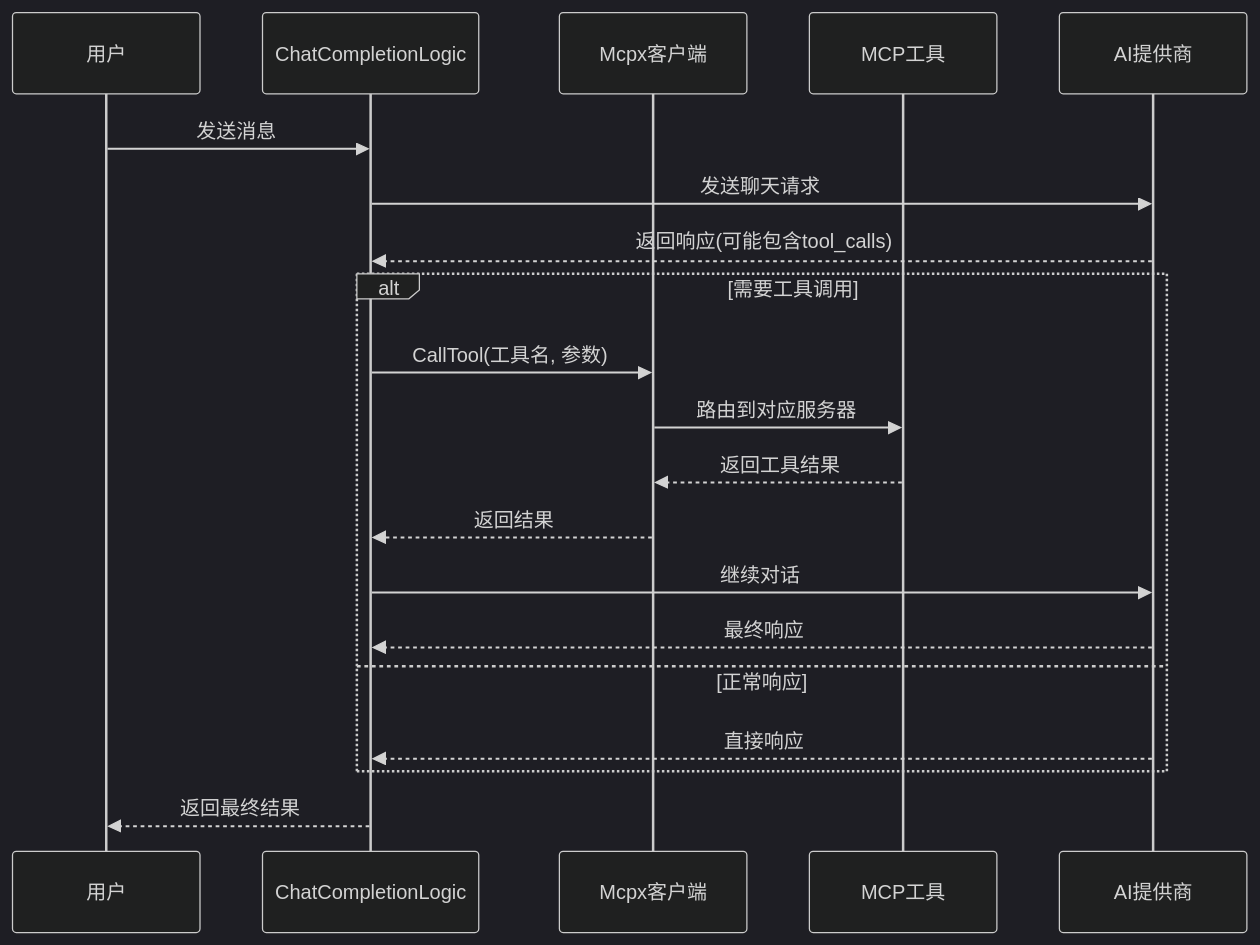
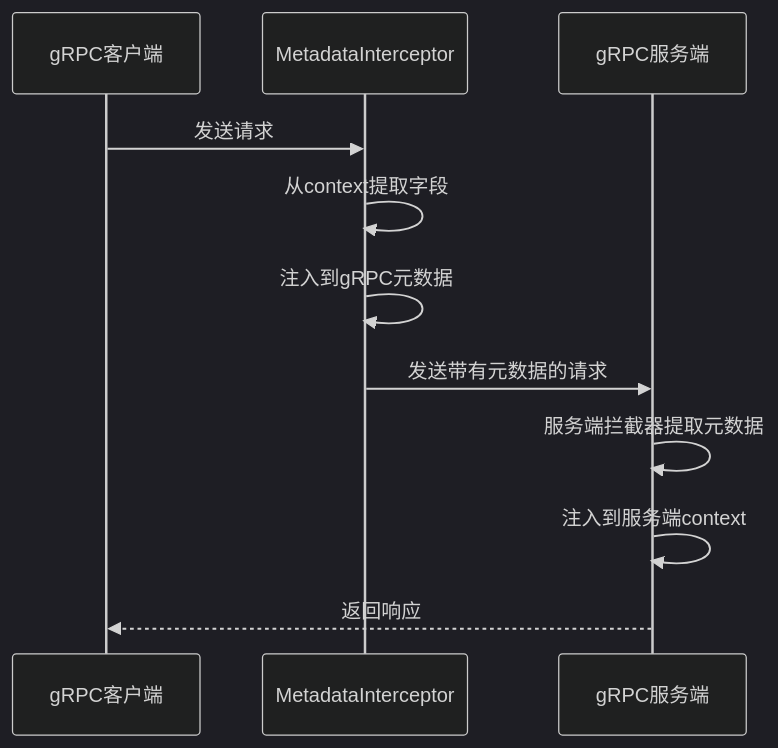
One commit to maomao94/zero-service changed the ninth of 13 diagrams in .qoder/repowiki/zh/content/核心服务详解/Mcpx客户端包.md. Above: the diagram before and after it, drawn with Mermaid (dark theme). The commit also changed other lines of this file and 19 other files, not shown here.

````diff
--- a/.qoder/repowiki/zh/content/核心服务详解/Mcpx客户端包.md
+++ b/.qoder/repowiki/zh/content/核心服务详解/Mcpx客户端包.md
@@ -364,22 +421,13 @@
 ```mermaid
 sequenceDiagram
-participant User as 用户
-participant Chat as ChatCompletionLogic
-participant MCP as Mcpx客户端
-participant Tool as MCP工具
-participant Provider as AI提供商
-User->>Chat : 发送消息
-Chat->>Provider : 发送聊天请求
-Provider-->>Chat : 返回响应(可能包含tool_calls)
-alt 需要工具调用
-Chat->>MCP : CallTool(工具名, 参数)
-MCP->>Tool : 路由到对应服务器
-Tool-->>MCP : 返回工具结果
-MCP-->>Chat : 返回结果
-Chat->>Provider : 继续对话
-Provider-->>Chat : 最终响应
-else 正常响应
-Provider-->>Chat : 直接响应
-end
-Chat-->>User : 返回最终结果
+participant Client as gRPC客户端
+participant Interceptor as MetadataInterceptor
+participant Server as gRPC服务端
+Client->>Interceptor : 发送请求
+Interceptor->>Interceptor : 从context提取字段
+Interceptor->>Interceptor : 注入到gRPC元数据
+Interceptor->>Server : 发送带有元数据的请求
+Server->>Server : 服务端拦截器提取元数据
+Server->>Server : 注入到服务端context
+Server-->>Client : 返回响应
 ```
````
